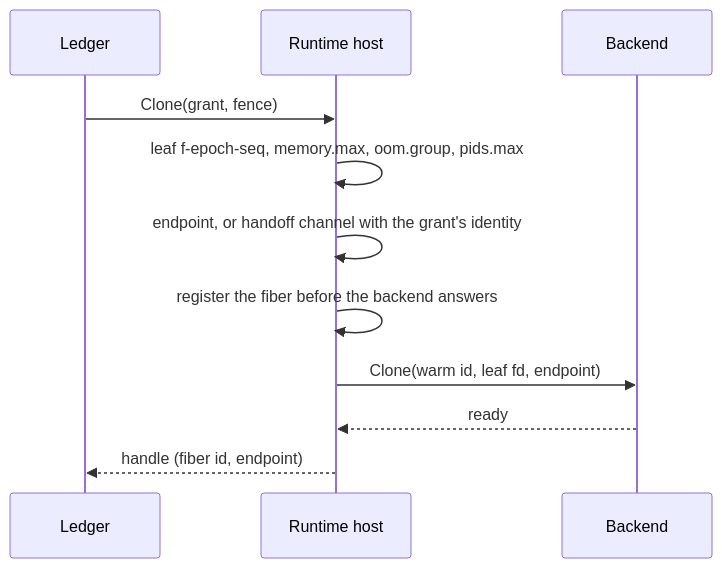
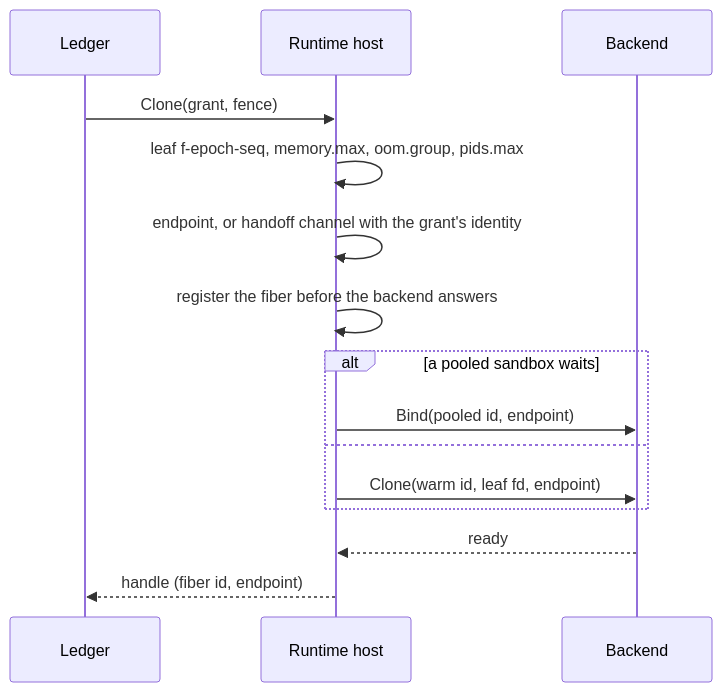
One commit to helayoty/fiberd changed the first of 2 diagrams in docs/design/runtime-host.md. Above: the diagram before and after it, drawn with Mermaid. The commit also changed other lines of this file and 10 other files, not shown here.

````diff
--- a/docs/design/runtime-host.md
+++ b/docs/design/runtime-host.md
@@ -11,13 +11,17 @@
 ```mermaid
 sequenceDiagram
   participant L as Ledger
   participant H as Runtime host
   participant B as Backend
   L->>H: Clone(grant, fence)
   H->>H: leaf f-epoch-seq, memory.max, oom.group, pids.max
   H->>H: endpoint, or handoff channel with the grant's identity
   H->>H: register the fiber before the backend answers
-  H->>B: Clone(warm id, leaf fd, endpoint)
+  alt a pooled sandbox waits
+    H->>B: Bind(pooled id, endpoint)
+  else
+    H->>B: Clone(warm id, leaf fd, endpoint)
+  end
   B-->>H: ready
   H-->>L: handle (fiber id, endpoint)
 ```
````
